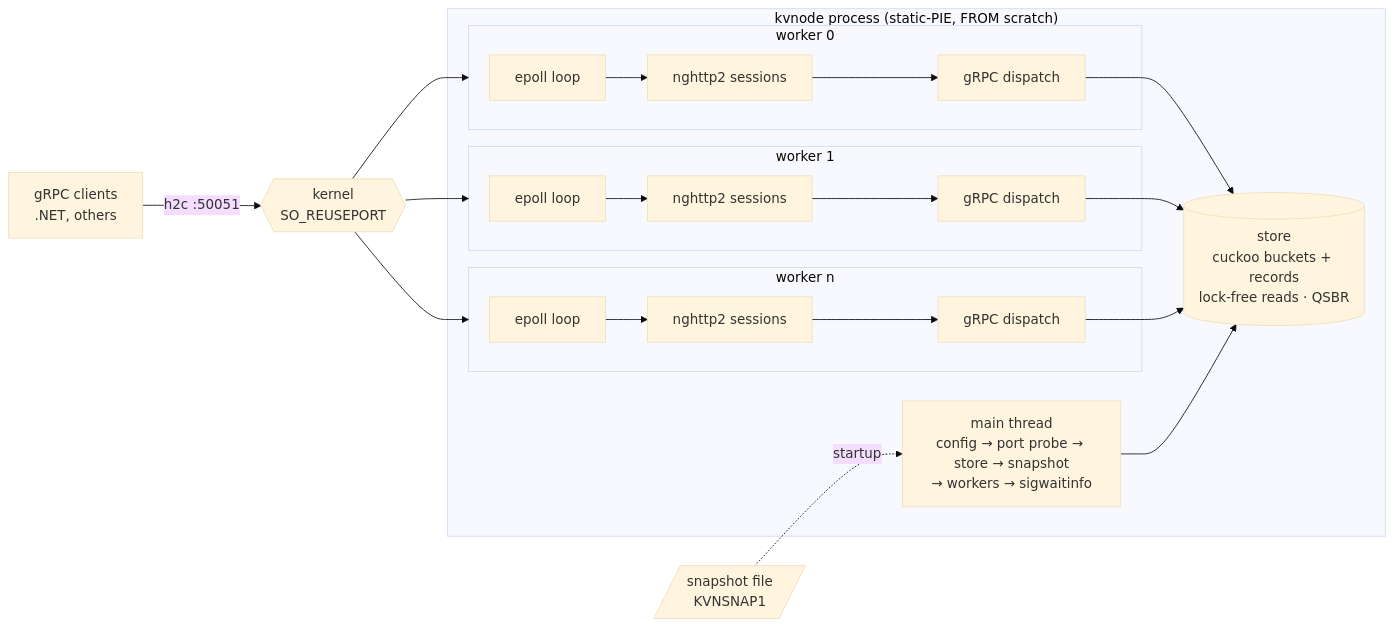
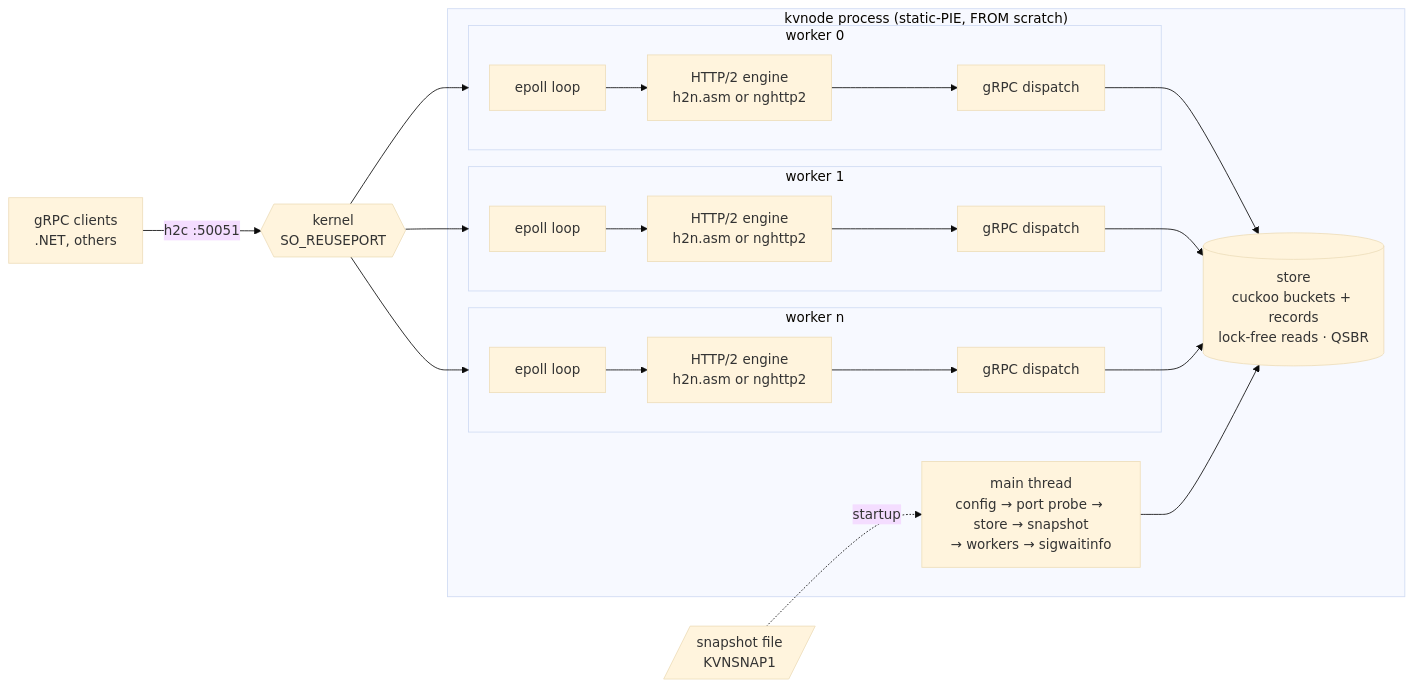
Before and after one commit to AsmFoundation/KvAsm: the diagram in docs/ARCHITECTURE.md, drawn with Mermaid (base theme). The commit also changed other lines of this file and 38 other files, not shown here.

````diff
--- a/docs/ARCHITECTURE.md
+++ b/docs/ARCHITECTURE.md
@@ -7,20 +9,20 @@
 ```mermaid
 flowchart LR
     C[gRPC clients<br/>.NET, others] -- "h2c :50051" --> K{{"kernel<br/>SO_REUSEPORT"}}
     K --> W1 & W2 & Wn
     subgraph P["kvnode process (static-PIE, FROM scratch)"]
         M["main thread<br/>config → port probe → store → snapshot<br/>→ workers → sigwaitinfo"]
         subgraph W1["worker 0"]
-            E1[epoll loop] --> N1[nghttp2 sessions] --> G1[gRPC dispatch]
+            E1[epoll loop] --> N1["HTTP/2 engine<br/>h2n.asm or nghttp2"] --> G1[gRPC dispatch]
         end
         subgraph W2["worker 1"]
-            E2[epoll loop] --> N2[nghttp2 sessions] --> G2[gRPC dispatch]
+            E2[epoll loop] --> N2["HTTP/2 engine<br/>h2n.asm or nghttp2"] --> G2[gRPC dispatch]
         end
         subgraph Wn["worker n"]
-            En[epoll loop] --> Nn[nghttp2 sessions] --> Gn[gRPC dispatch]
+            En[epoll loop] --> Nn["HTTP/2 engine<br/>h2n.asm or nghttp2"] --> Gn[gRPC dispatch]
         end
         G1 & G2 & Gn --> S[("store<br/>cuckoo buckets + records<br/>lock-free reads · QSBR")]
         M --> S
     end
     F[/"snapshot file<br/>KVNSNAP1"/] -. startup .-> M
 ```
````
